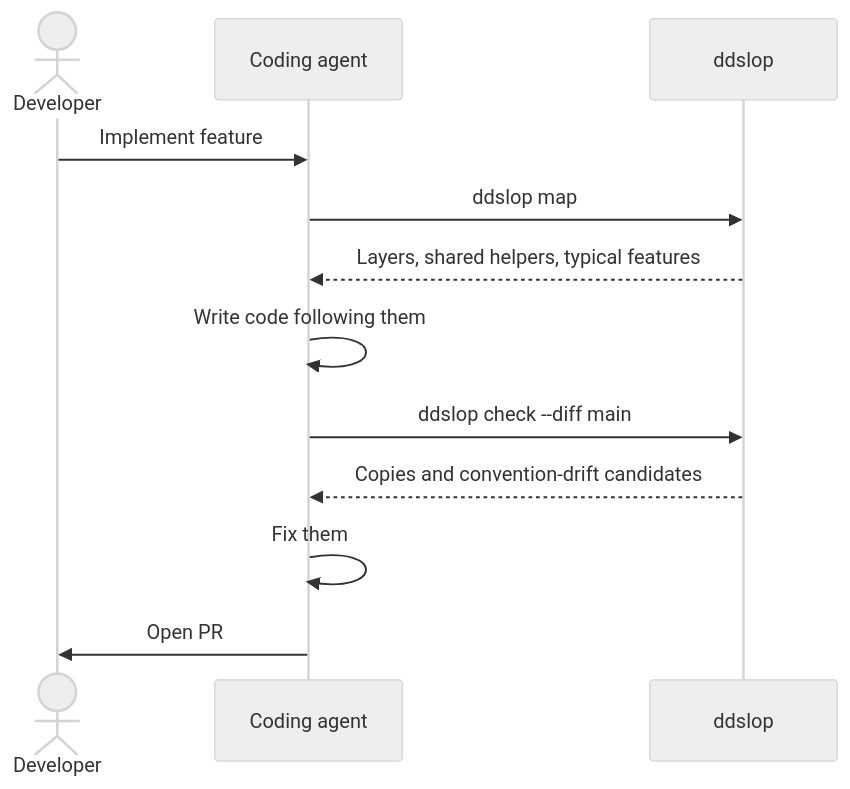
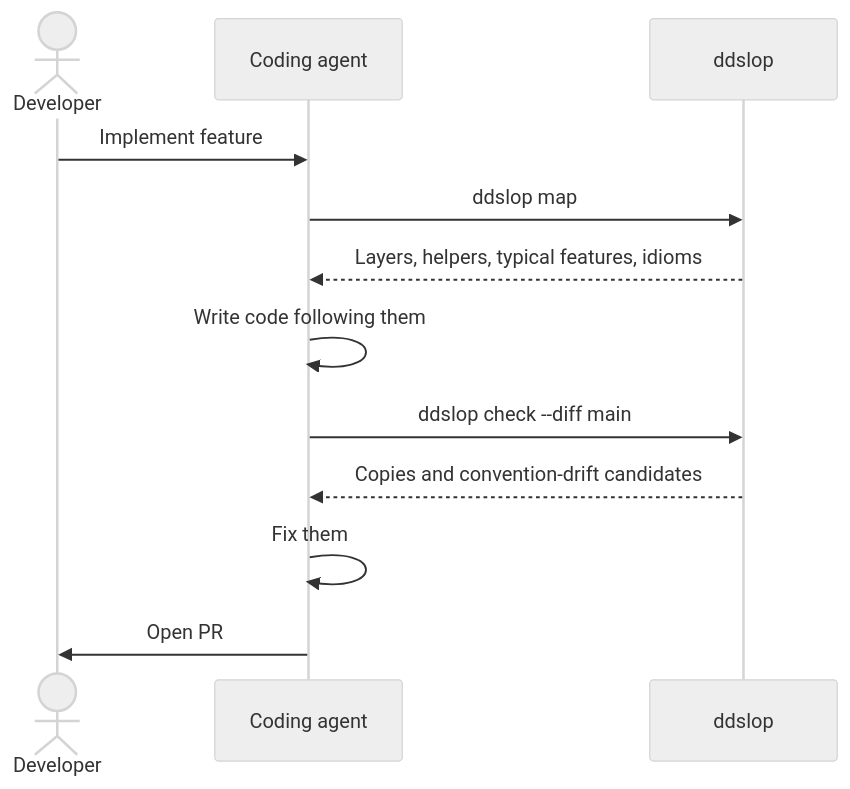
Before and after one commit to heikki-laitala/ddslop: the eighth of 10 diagrams in docs/architecture.md, drawn with Mermaid (neutral theme). The commit also changed other lines of this file, not shown here.

Commit message:
docs: a map per language, with the idioms each codebase uses

````diff
--- a/docs/architecture.md
+++ b/docs/architecture.md
@@ -1110,15 +1151,15 @@
 ```mermaid
 sequenceDiagram
     actor Dev as Developer
     participant Agent as Coding agent
     participant D as ddslop
 
     Dev->>Agent: Implement feature
     Agent->>D: ddslop map
-    D-->>Agent: Layers, shared helpers, typical features
+    D-->>Agent: Layers, helpers, typical features, idioms
     Agent->>Agent: Write code following them
     Agent->>D: ddslop check --diff main
     D-->>Agent: Copies and convention-drift candidates
     Agent->>Agent: Fix them
     Agent->>Dev: Open PR
 ```
````
